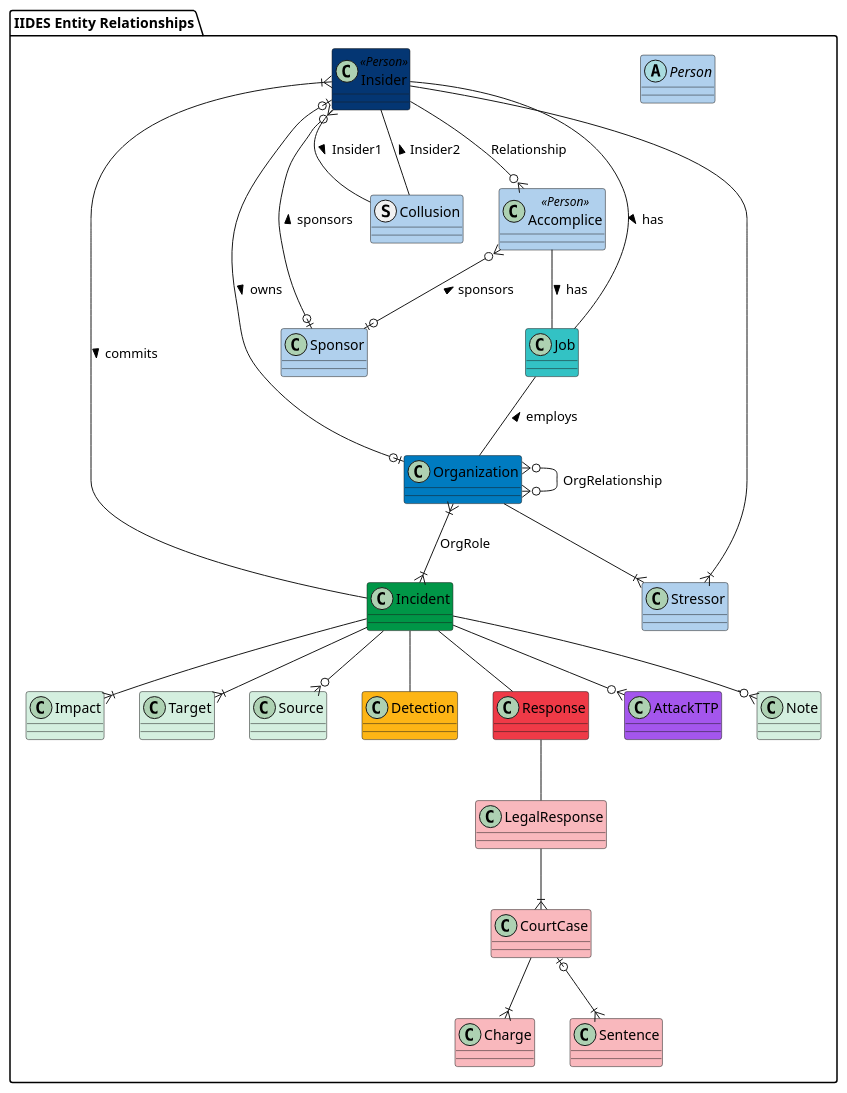
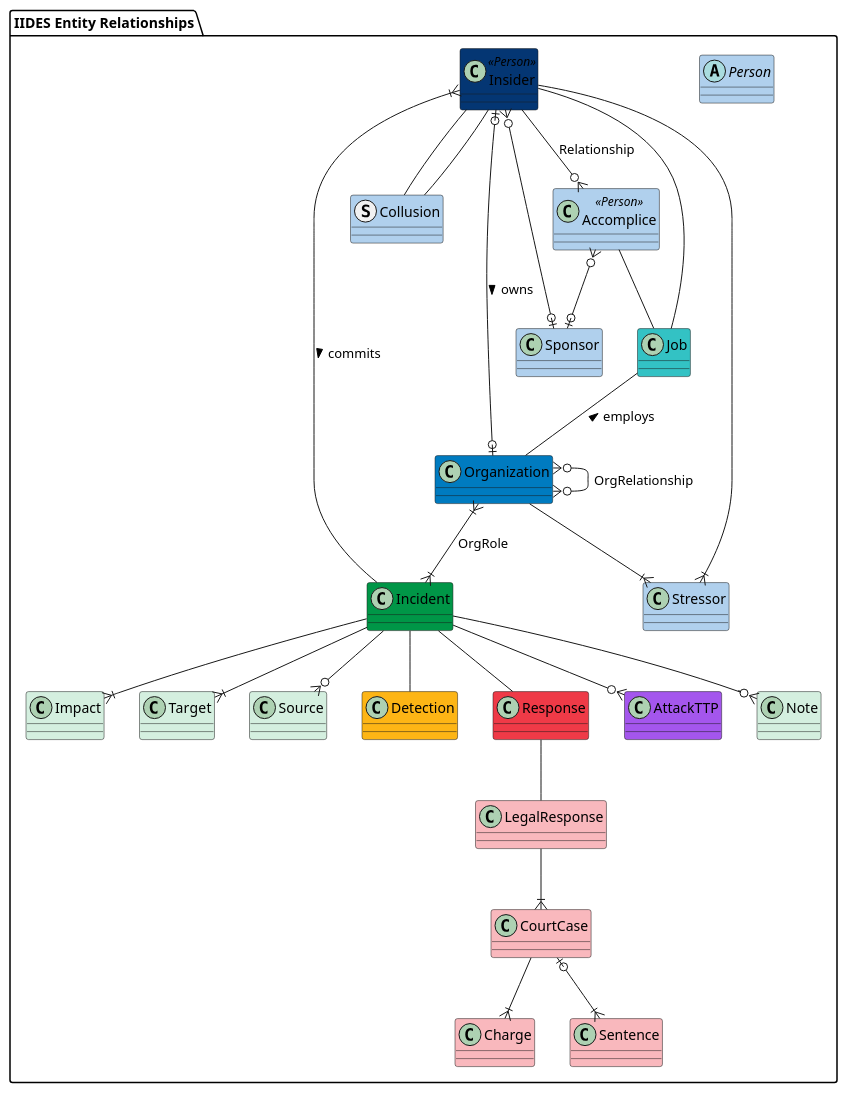
The diagram in UML/source/relationships.wsd (cmu-sei/iides), drawn with PlantUML before and after one commit. The commit also changed 6 other files, not shown here.

Commit message:
Update UML

```diff
--- a/UML/source/relationships.wsd
+++ b/UML/source/relationships.wsd
@@ -1,51 +1,51 @@
 @startuml IIDES_Entity_Relationships
 package "IIDES Entity Relationships" #FFF {
 
     abstract Person #b0d0ed {}
     class Insider <<Person>> #043673 {}
     class Accomplice <<Person>> #b0d0ed {}
     struct Collusion #b0d0ed {}
     class Organization #007BC0 {}
     class Sponsor #b0d0ed {}
     class Incident #009647 {}
     class Job #33c2C4 {}
     class Impact #D4EFDF {}
     class Target #D4EFDF {}
     class Source #D4EFDF {}
     class Detection #FDB515 {}
     class Response #EF3A47 {}
     class LegalResponse #f9b8bd {}
     class CourtCase #f9b8bd {}
     class Charge #f9b8bd {}
     class Sentence #f9b8bd {}
     class AttackTTP #A456ED {}
     class Stressor #b0d0ed {}
     class Note #D4EFDF {}
 
     Insider --o{ Accomplice : Relationship
     Incident --|{ Insider : commits <
-    Accomplice -- Job : has >
+    Accomplice -- Job
     Job -- Organization : employs <
-    Insider -- Job : has >
+    Insider -- Job
     Organization }|--|{ Incident : OrgRole
     Organization }o--o{ Organization : OrgRelationship
-    Insider }o--o| Sponsor : sponsors <
-    Accomplice }o--o| Sponsor : sponsors <
+    Insider }o--o| Sponsor
+    Accomplice }o--o| Sponsor
     Insider |o--o| Organization : owns >
-    Insider -- Collusion : Insider2 <
-    Collusion -- Insider : Insider1 <
+    Insider -- Collusion
+    Collusion -- Insider
     Incident --|{ Impact
     Incident --|{ Target
     Incident --o{ Source
     Incident --o{ Note
     CourtCase --|{ Charge
     CourtCase |o--|{ Sentence
     Incident -- Detection
     Incident -- Response
     Response -- LegalResponse
     LegalResponse --|{ CourtCase
     Organization --|{ Stressor
     Stressor }|-- Insider
     Incident --o{ AttackTTP
 }
 @enduml
```
